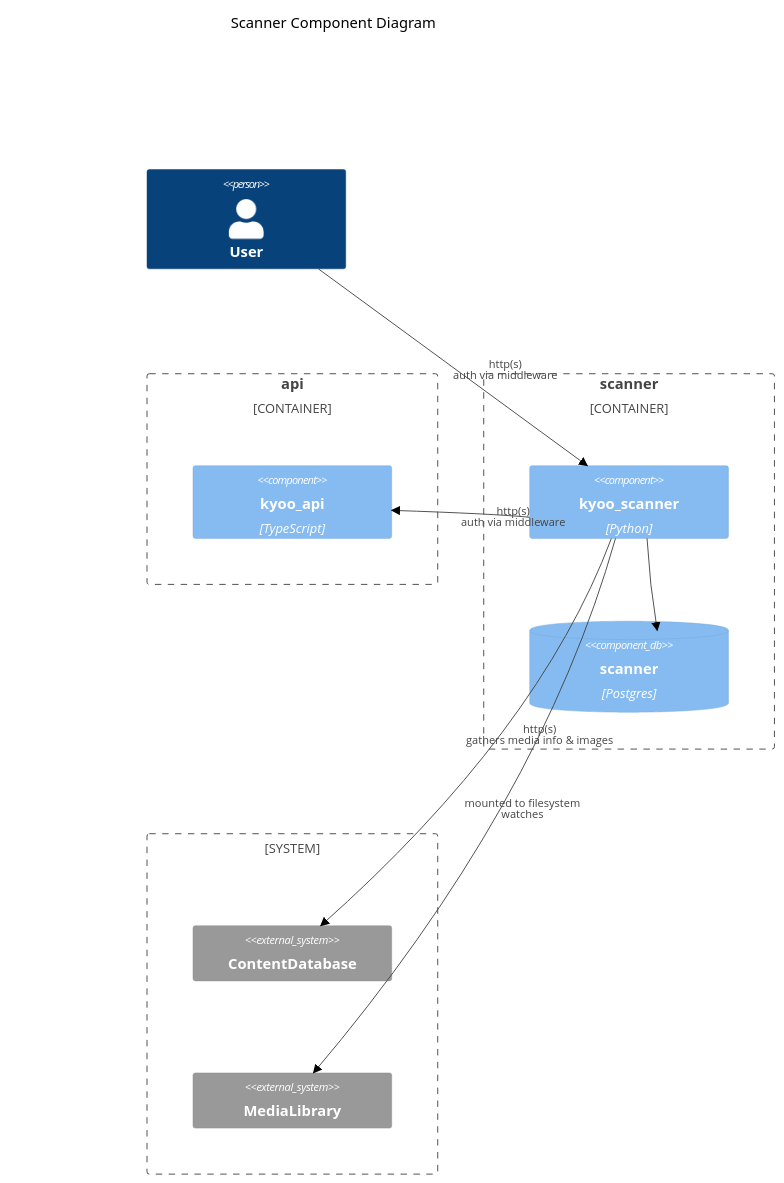
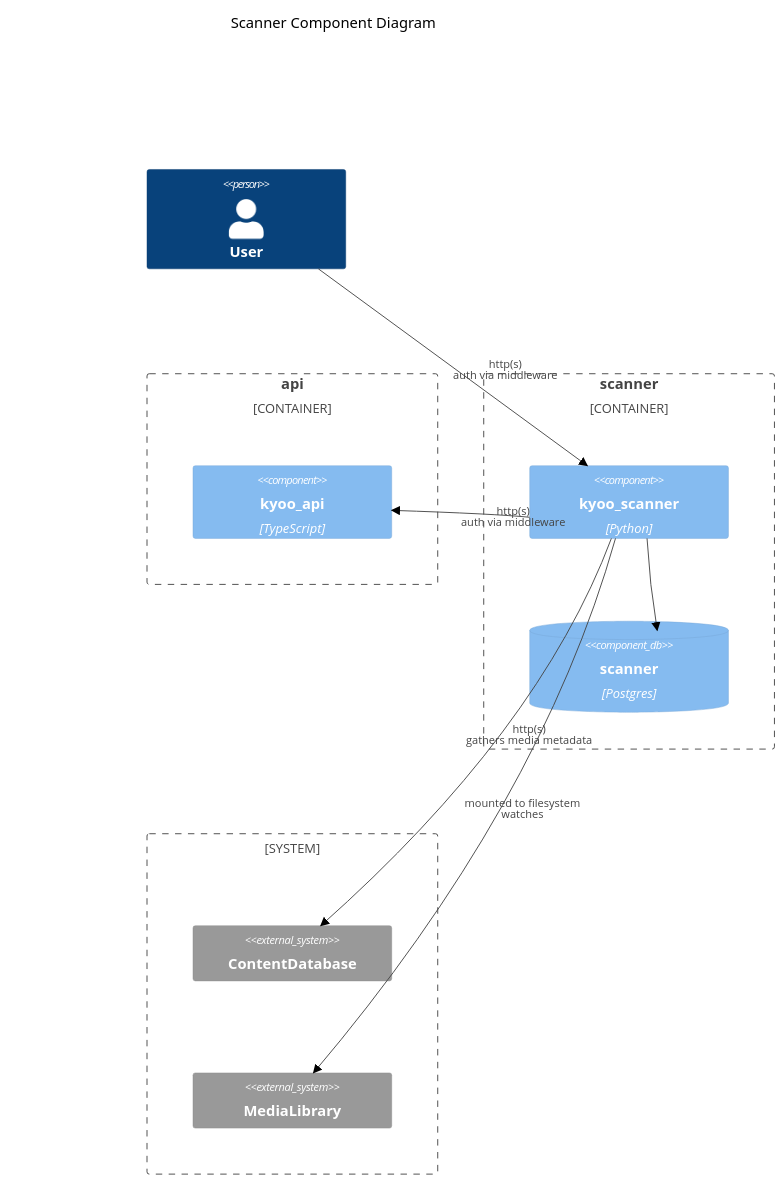
One commit to zoriya/Kyoo changed the eighth of 8 diagrams in DIAGRAMS.md. Above: the diagram before and after it, drawn with Mermaid (neutral theme). The commit also changed other lines of this file, not shown here.

Commit message:
update SSR notes + api downloads media images

````diff
--- a/DIAGRAMS.md
+++ b/DIAGRAMS.md
@@ -219,27 +223,27 @@
 ```mermaid
 C4Component
   UpdateLayoutConfig($c4ShapeInRow="5", $c4BoundaryInRow="2")
   
   title Scanner Component Diagram
 
   Person(user, "User")
 
   Container_Boundary(api, "api") {
     Component(api_c1, "kyoo_api", "TypeScript", "")
   }
 
   Container_Boundary(scanner, "scanner") {
     Component(scanner_c1, "kyoo_scanner", "Python", "")
     ComponentDb(scanner_db1, "scanner", "Postgres", "")
   }
   System_Boundary(external, "") {
     System_Ext(content, "ContentDatabase", "")
     System_Ext(media, "MediaLibrary", "")
   }
 
   Rel(user, scanner_c1, "http(s) <br/> auth via middleware")
   Rel(scanner_c1, api_c1, "http(s) <br/> auth via middleware")
   Rel(scanner_c1, scanner_db1, "")
-  Rel(scanner_c1, content, "http(s) <br/> gathers media info & images")
+  Rel(scanner_c1, content, "http(s) <br/> gathers media metadata")
   Rel(scanner_c1, media, "mounted to filesystem <br/> watches")
 ```
````
